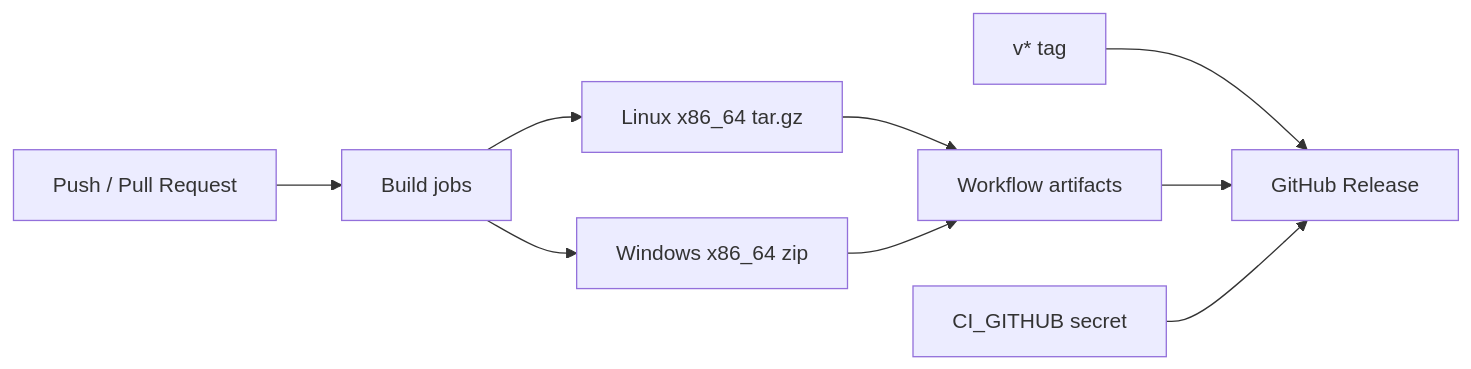
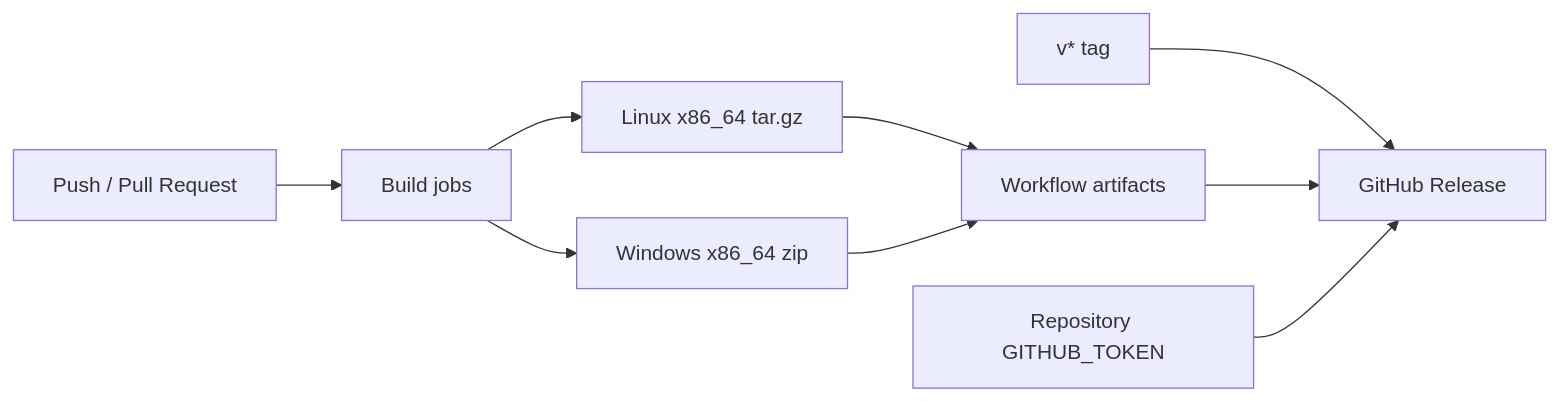
Before and after one commit to dshanpi/openrockcli: the second of 2 diagrams in README.md, drawn with Mermaid. The commit also changed other lines of this file and 13 other files, not shown here.

````diff
--- a/README.md
+++ b/README.md
@@ -580,11 +569,11 @@
 ```mermaid
 flowchart LR
     push[Push / Pull Request] --> build[Build jobs]
     build --> linux[Linux x86_64 tar.gz]
     build --> windows[Windows x86_64 zip]
     linux --> artifacts[Workflow artifacts]
     windows --> artifacts
     tag[v* tag] --> release[GitHub Release]
     artifacts --> release
-    secret[CI_GITHUB secret] --> release
+    permissions[Repository GITHUB_TOKEN] --> release
 ```
````
